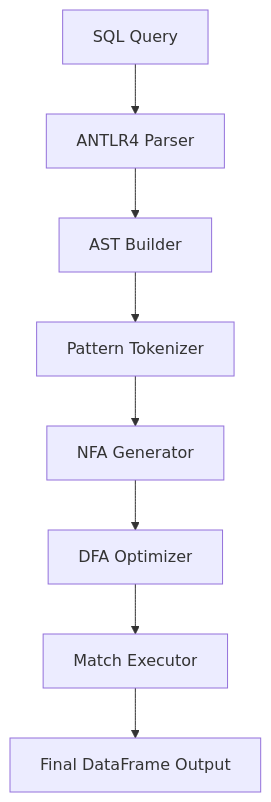
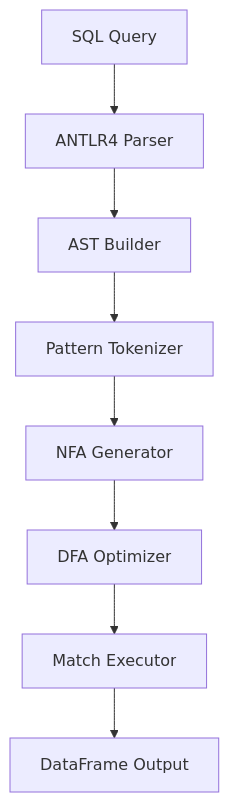
One commit to MonierLawande/Row_match_recognize changed the diagram in README.md. Above: the diagram before and after it, drawn with Mermaid. The commit also changed other lines of this file, not shown here.

````diff
--- a/README.md
+++ b/README.md
@@ -54,13 +46,13 @@
 ```mermaid
 flowchart TD
     SQL[SQL Query]
     Parse[ANTLR4 Parser]
     AST[AST Builder]
     Tokenize[Pattern Tokenizer]
     NFA[NFA Generator]
     DFA[DFA Optimizer]
     Executor[Match Executor]
-    Output[Final DataFrame Output]
+    Output[DataFrame Output]
 
     SQL --> Parse --> AST --> Tokenize --> NFA --> DFA --> Executor --> Output
 ```
````
